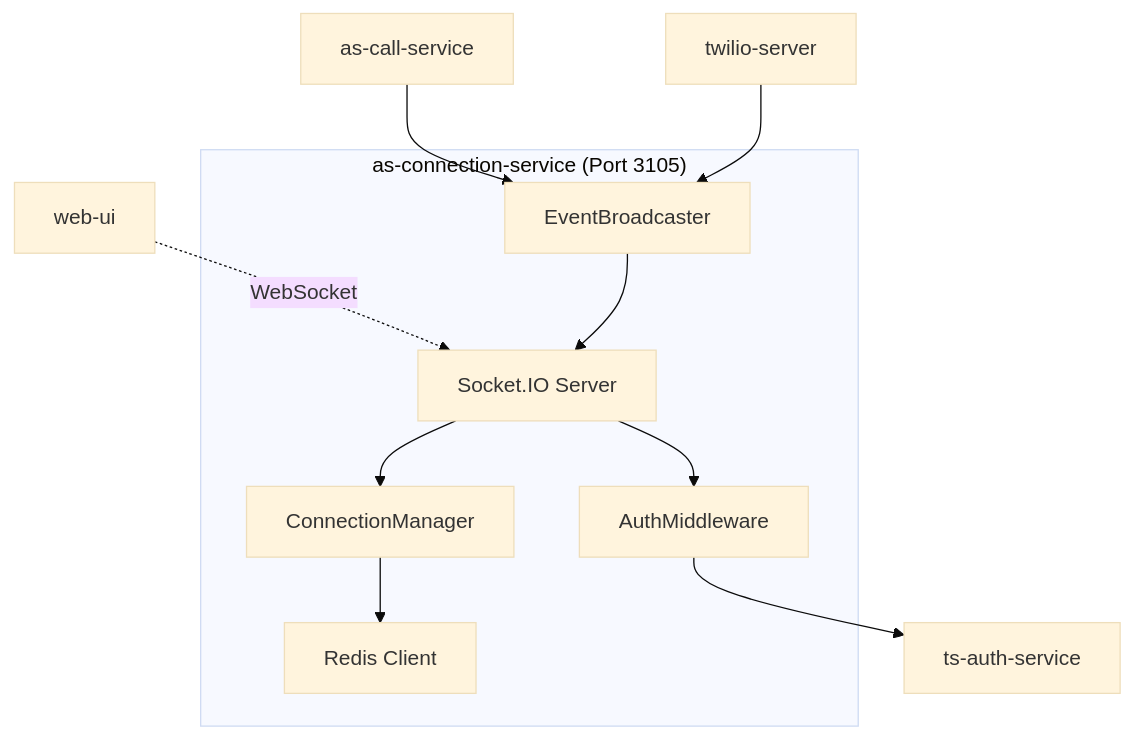
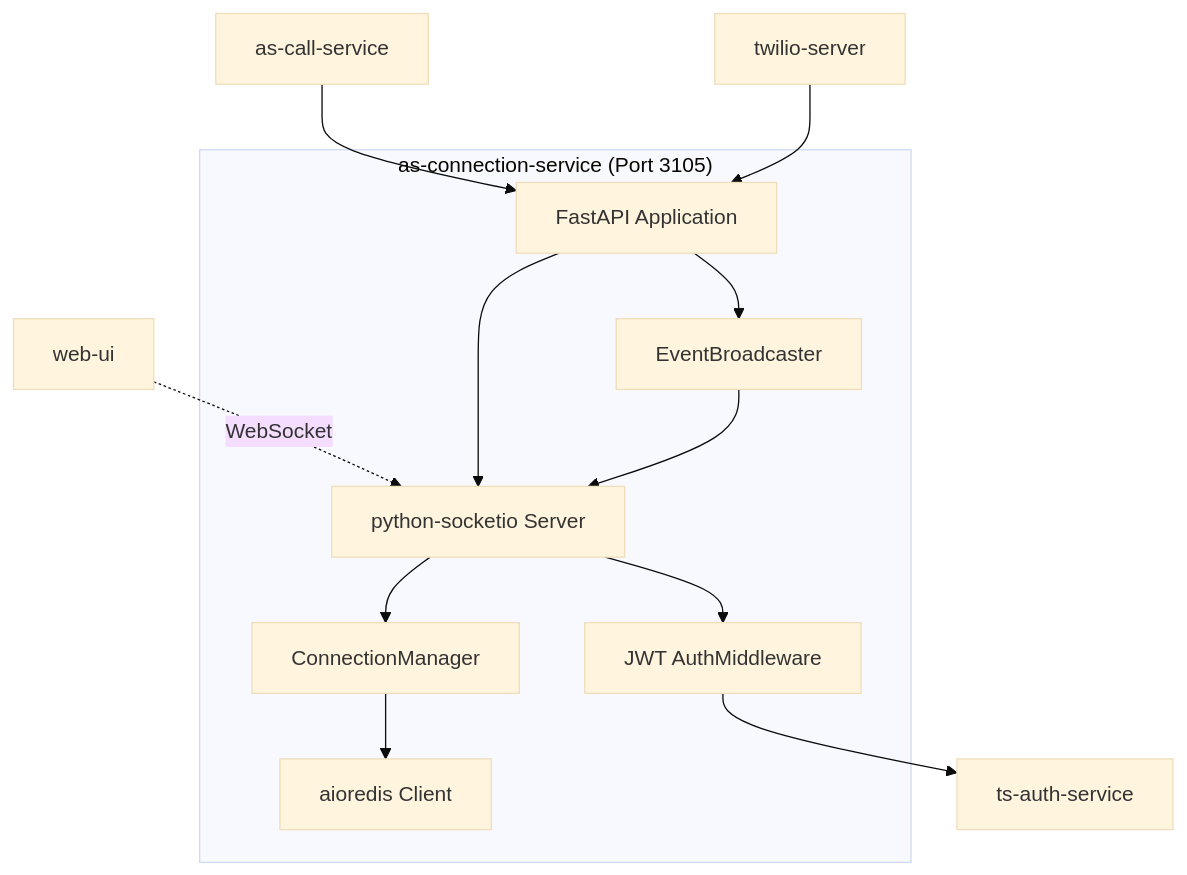
Before and after one commit to kyoungd/nevermisscall: the diagram in docs/services/phase-1/as-connection-service.md, drawn with Mermaid (base theme). The commit also changed other lines of this file and 39 other files, not shown here.

````diff
--- a/docs/services/phase-1/as-connection-service.md
+++ b/docs/services/phase-1/as-connection-service.md
@@ -37,21 +38,24 @@
 ```mermaid
 graph TB
     subgraph "as-connection-service (Port 3105)"
-        WebSocketServer[Socket.IO Server]
+        FastAPIApp[FastAPI Application]
+        SocketIOServer[python-socketio Server]
         ConnectionManager[ConnectionManager]
         EventBroadcaster[EventBroadcaster]
-        AuthMiddleware[AuthMiddleware]
-        RedisClient[Redis Client]
+        AuthMiddleware[JWT AuthMiddleware]
+        RedisClient[aioredis Client]
     end
     
-    WebUI[web-ui] -.->|WebSocket| WebSocketServer
-    ASCall[as-call-service] --> EventBroadcaster
-    TwilioServer[twilio-server] --> EventBroadcaster
+    WebUI[web-ui] -.->|WebSocket| SocketIOServer
+    ASCall[as-call-service] --> FastAPIApp
+    TwilioServer[twilio-server] --> FastAPIApp
     
-    WebSocketServer --> ConnectionManager
-    WebSocketServer --> AuthMiddleware
+    FastAPIApp --> SocketIOServer
+    SocketIOServer --> ConnectionManager
+    SocketIOServer --> AuthMiddleware
     ConnectionManager --> RedisClient
-    EventBroadcaster --> WebSocketServer
+    EventBroadcaster --> SocketIOServer
+    FastAPIApp --> EventBroadcaster
     
     AuthMiddleware --> TSAuth[ts-auth-service]
 ```
````
